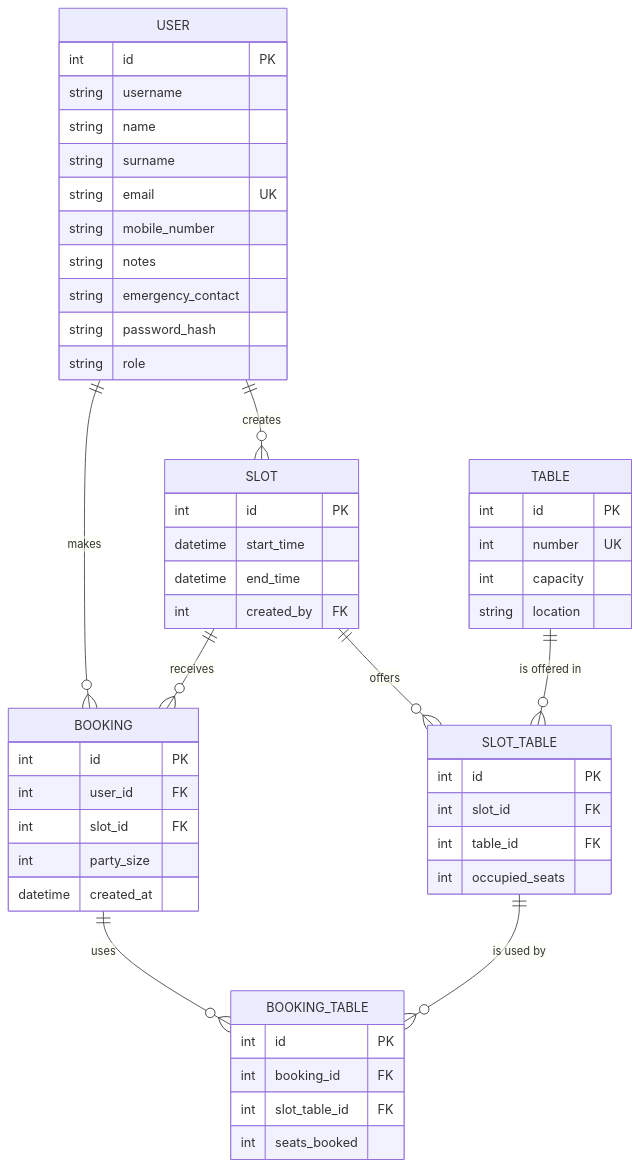
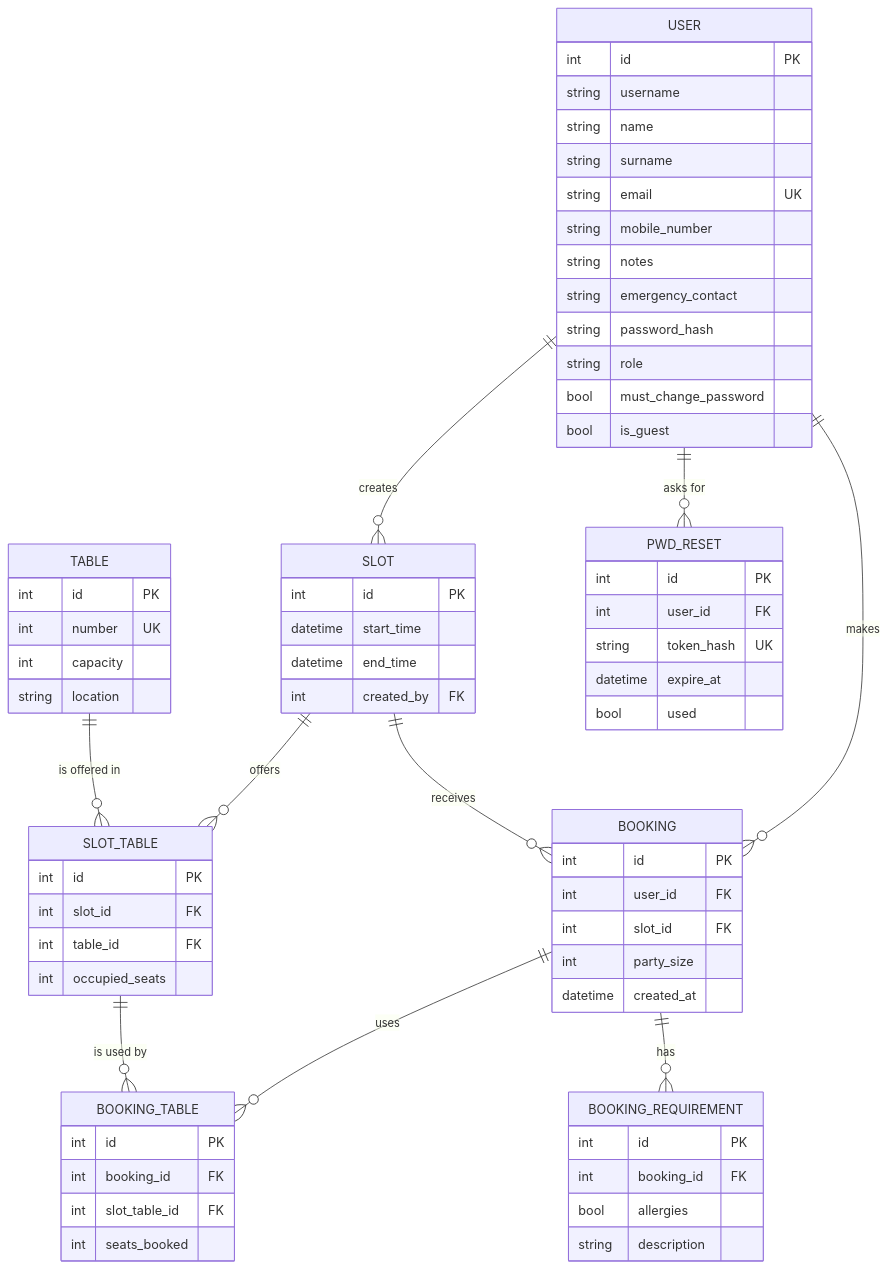
One commit to danielequinzio/Team-14---Mountain-Hut changed the second of 2 diagrams in Documents/Technical_doc.md. Above: the diagram before and after it, drawn with Mermaid. The commit also changed other lines of this file, not shown here.

````diff
--- a/Documents/Technical_doc.md
+++ b/Documents/Technical_doc.md
@@ -109,54 +109,71 @@
 ```mermaid
 erDiagram
     USER ||--o{ SLOT : "creates"
     USER ||--o{ BOOKING : "makes"
     SLOT ||--o{ BOOKING : "receives"
     SLOT ||--o{ SLOT_TABLE : "offers"
     TABLE ||--o{ SLOT_TABLE : "is offered in"
     BOOKING ||--o{ BOOKING_TABLE : "uses"
     SLOT_TABLE ||--o{ BOOKING_TABLE : "is used by"
+    BOOKING ||--o{ BOOKING_REQUIREMENT : "has"
+    USER ||--o{ PWD_RESET : "asks for"
 
     USER {
         int id PK
         string username
         string name
         string surname
         string email UK
         string mobile_number
         string notes
         string emergency_contact
         string password_hash
         string role
+        bool must_change_password
+        bool is_guest
     }
     TABLE {
         int id PK
         int number UK
         int capacity
         string location
     }
     SLOT {
         int id PK
         datetime start_time
         datetime end_time
         int created_by FK
     }
     SLOT_TABLE {
         int id PK
         int slot_id FK
         int table_id FK
         int occupied_seats
     }
     BOOKING {
         int id PK
         int user_id FK
         int slot_id FK
         int party_size
         datetime created_at
     }
     BOOKING_TABLE {
         int id PK
         int booking_id FK
         int slot_table_id FK
         int seats_booked
     }
+    BOOKING_REQUIREMENT {
+        int id PK
+        int booking_id FK
+        bool allergies
+        string description
+    }
+    PWD_RESET {
+        int id PK
+        int user_id FK
+        string token_hash UK
+        datetime expire_at
+        bool used
+    }
 ```
````
